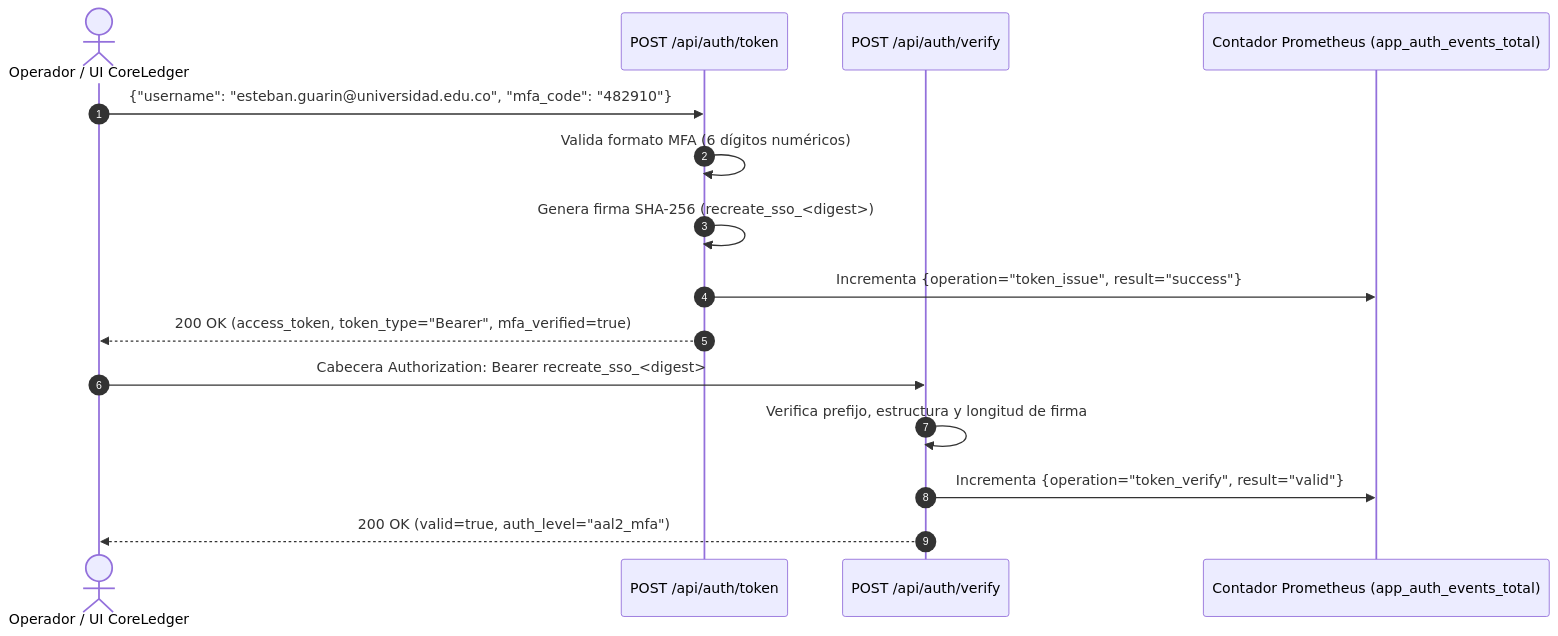
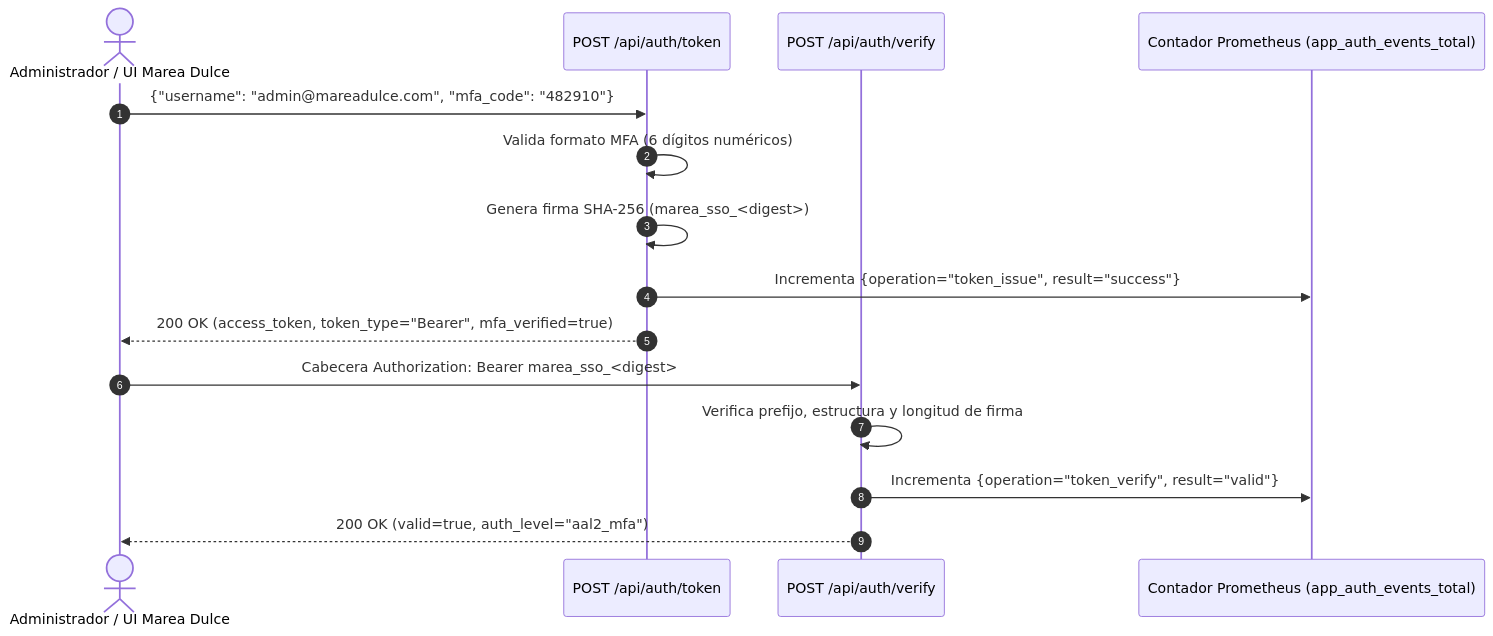
Before and after one commit to Esteban-GV/MareaDulce_Recreate: the diagram in docs/sso-mfa.md, drawn with Mermaid. The commit also changed other lines of this file and 138 other files, not shown here.

Commit message:
feat(docs): migrate documentation, platform and architecture to Marea Dulce Recreate deployment

````diff
--- a/docs/sso-mfa.md
+++ b/docs/sso-mfa.md
@@ -17,18 +17,18 @@
 ```mermaid
 sequenceDiagram
     autonumber
-    actor Operador as Operador / UI CoreLedger
+    actor Admin as Administrador / UI Marea Dulce
     participant TokenAPI as POST /api/auth/token
     participant VerifyAPI as POST /api/auth/verify
     participant Metrics as Contador Prometheus (app_auth_events_total)
 
-    Operador->>TokenAPI: {"username": "esteban.guarin@universidad.edu.co", "mfa_code": "482910"}
+    Admin->>TokenAPI: {"username": "admin@mareadulce.com", "mfa_code": "482910"}
     TokenAPI->>TokenAPI: Valida formato MFA (6 dígitos numéricos)
-    TokenAPI->>TokenAPI: Genera firma SHA-256 (recreate_sso_<digest>)
+    TokenAPI->>TokenAPI: Genera firma SHA-256 (marea_sso_<digest>)
     TokenAPI->>Metrics: Incrementa {operation="token_issue", result="success"}
-    TokenAPI-->>Operador: 200 OK (access_token, token_type="Bearer", mfa_verified=true)
-    Operador->>VerifyAPI: Cabecera Authorization: Bearer recreate_sso_<digest>
+    TokenAPI-->>Admin: 200 OK (access_token, token_type="Bearer", mfa_verified=true)
+    Admin->>VerifyAPI: Cabecera Authorization: Bearer marea_sso_<digest>
     VerifyAPI->>VerifyAPI: Verifica prefijo, estructura y longitud de firma
     VerifyAPI->>Metrics: Incrementa {operation="token_verify", result="valid"}
-    VerifyAPI-->>Operador: 200 OK (valid=true, auth_level="aal2_mfa")
+    VerifyAPI-->>Admin: 200 OK (valid=true, auth_level="aal2_mfa")
 ```
````
